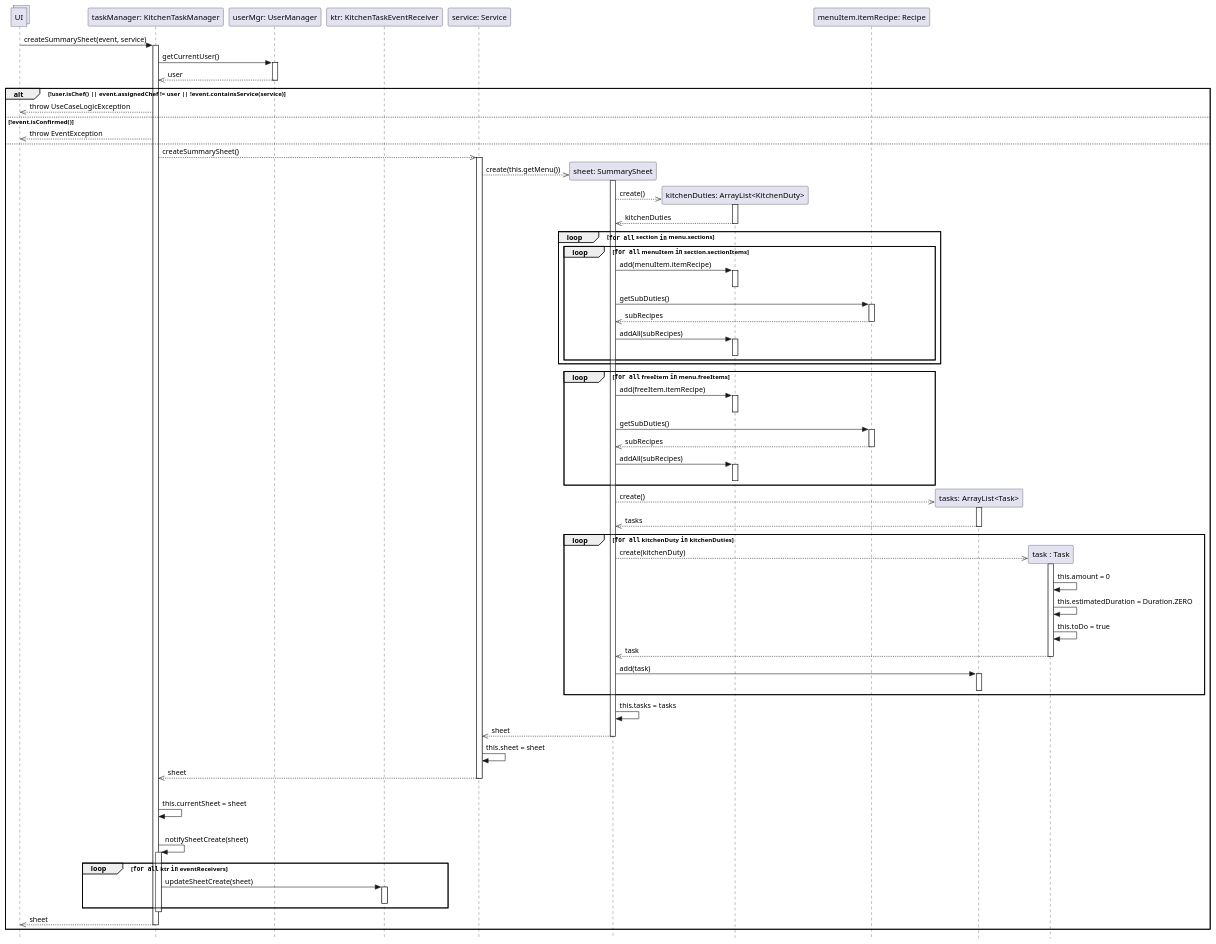
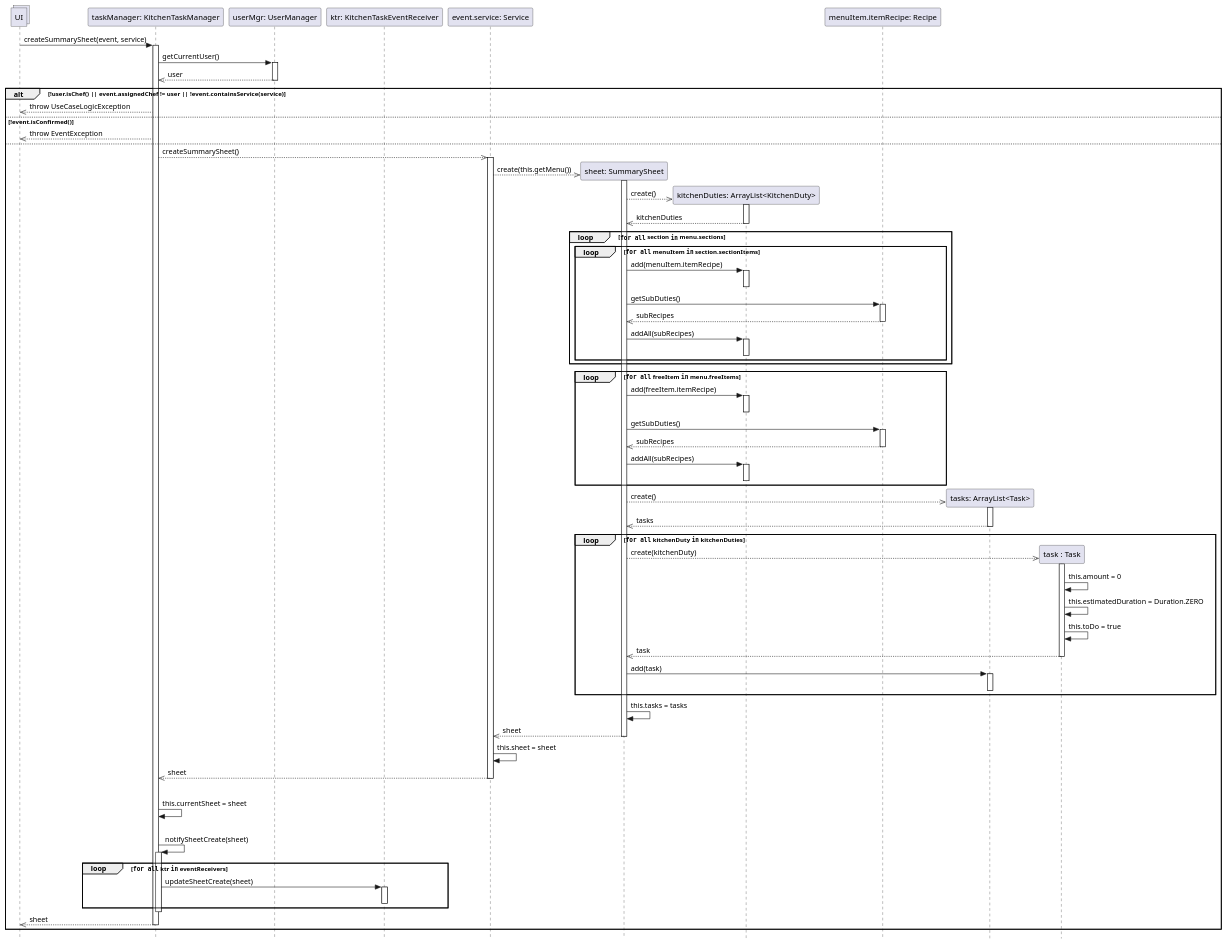
Before and after one commit to stefa168/sas-project: the diagram in UP/Progettazione/UC Gestire Compiti Cucina/DSD/DSD Operazione 1.puml, drawn with PlantUML. The commit also changed 3 other files, not shown here.

```diff
--- a/UP/Progettazione/UC Gestire Compiti Cucina/DSD/DSD Operazione 1.puml
+++ b/UP/Progettazione/UC Gestire Compiti Cucina/DSD/DSD Operazione 1.puml
@@ -1,116 +1,116 @@
 @startuml Operazione 1
 skinparam Style strictuml
 
 collections UI
 
 participant "taskManager: KitchenTaskManager" as tm
 UI -> tm: createSummarySheet(event, service)
 activate tm
 
 participant "userMgr: UserManager" as um
 participant "ktr: KitchenTaskEventReceiver" as ktr
-participant "service: Service" as service
+participant "event.service: Service" as service
 tm -> um: getCurrentUser()
 activate um
 tm <<-- um: user
 deactivate um
 
 alt !user.isChef() || event.assignedChef != user || !event.containsService(service)
     UI <<-- tm: throw UseCaseLogicException
 else !event.isConfirmed()
     UI <<-- tm: throw EventException
 else
     participant "sheet: SummarySheet" as ss
     tm -->> service: createSummarySheet()
     activate service
 
         service -->>ss**: create(this.getMenu())
         activate ss
 
             participant "kitchenDuties: ArrayList<KitchenDuty>" as kdList
             ss -->> kdList**: create()
             activate kdList
                 return kitchenDuties
             deactivate kdList
     
             loop ""for all"" section ""in"" menu.sections
                 loop ""for all"" menuItem ""in"" section.sectionItems
                     ss -> kdList: add(menuItem.itemRecipe)
                     activate kdList
                     deactivate kdList
             
                     participant "menuItem.itemRecipe: Recipe" as recipe
                     ss -> recipe: getSubDuties()
                     activate recipe
                         ss <<-- recipe: subRecipes
                     deactivate recipe
 
                     ss -> kdList: addAll(subRecipes)
                     activate kdList
                     deactivate kdList
 
                 end
             end
 
             loop ""for all"" freeItem ""in"" menu.freeItems
                 ss -> kdList: add(freeItem.itemRecipe)
                 activate kdList
                 deactivate kdList
 
                 participant "freeItem.itemRecipe: Recipe" as recipe
                 ss -> recipe: getSubDuties()
                 activate recipe
                     ss <<-- recipe: subRecipes
                 deactivate recipe
 
                 ss -> kdList: addAll(subRecipes)
                 activate kdList
                 deactivate kdList
             end
 
             participant "tasks: ArrayList<Task>" as tasks
             ss -->> tasks**: create()
             activate tasks
                 ss <<-- tasks: tasks
             deactivate tasks
 
             loop ""for all"" kitchenDuty ""in"" kitchenDuties
                 participant "task : Task" as t
                 ss -->> t **: create(kitchenDuty)
                 activate t
                     t -> t: this.amount = 0
                     t -> t: this.estimatedDuration = Duration.ZERO
                     t -> t: this.toDo = true
                 return task
                 deactivate t
                 ss ->tasks: add(task)
                 activate tasks
                 deactivate tasks
             end
 
             ss -> ss: this.tasks = tasks
             service <<-- ss: sheet
         deactivate ss
         service->service:this.sheet = sheet
         tm <<-- service: sheet
     deactivate service
 
     |||
     tm -> tm: this.currentSheet = sheet
     |||
     tm -> tm: notifySheetCreate(sheet)
     activate tm
     loop ""for all"" ktr ""in"" eventReceivers
         tm -> ktr : updateSheetCreate(sheet)
         activate ktr
         deactivate ktr
     end
     deactivate tm
 
 
     UI <<-- tm: sheet
     deactivate tm
     
 end
 
 @enduml
```
